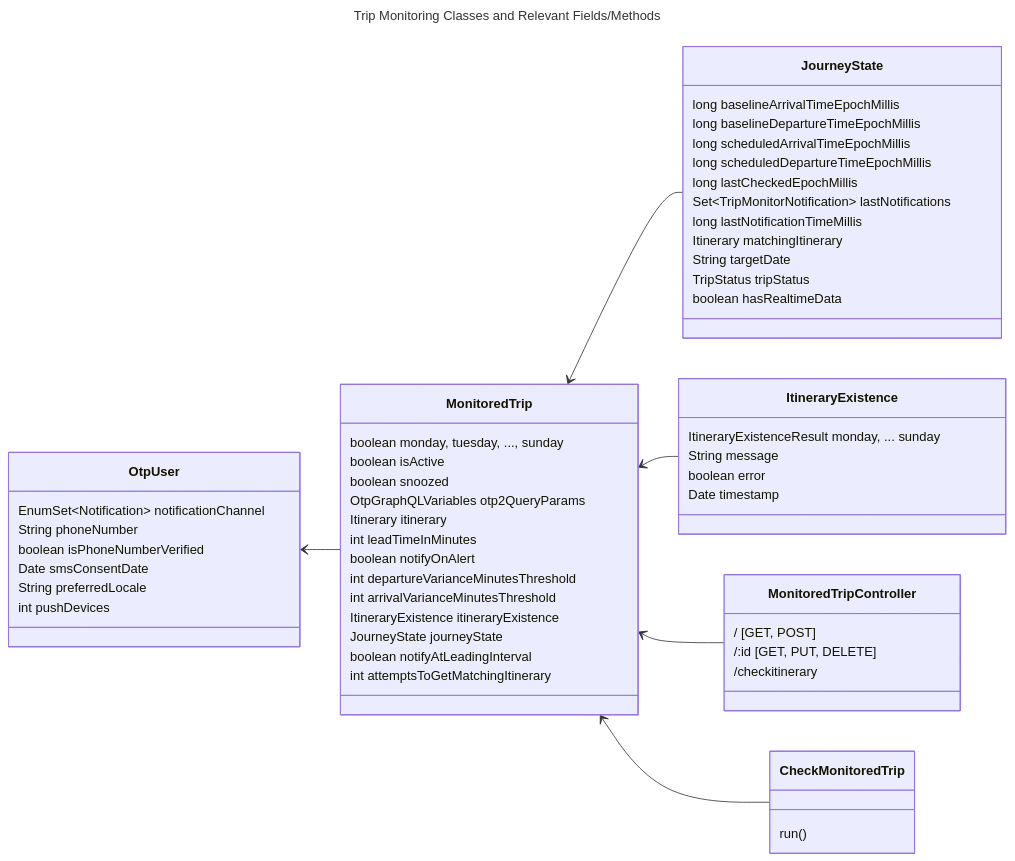
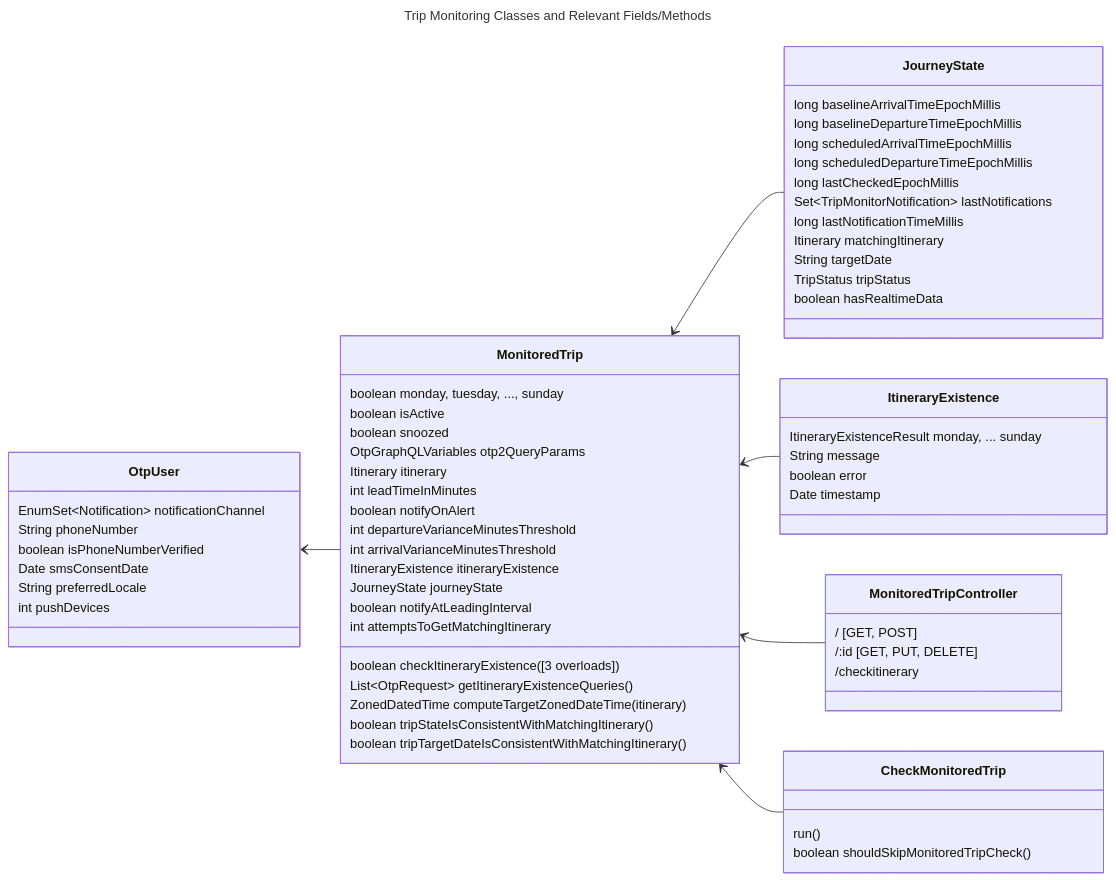
Before and after one commit to ibi-group/otp-middleware: the first of 4 diagrams in docs/trip-monitoring.md, drawn with Mermaid. The commit also changed other lines of this file, not shown here.

Commit message:
docs(trip-monitoring): Add trip mon methods.

````diff
--- a/docs/trip-monitoring.md
+++ b/docs/trip-monitoring.md
@@ -15,63 +15,69 @@
 ```mermaid
 ---
 title: Trip Monitoring Classes and Relevant Fields/Methods
 ---
 classDiagram
     direction RL
     class OtpUser {
         EnumSet~Notification~ notificationChannel
         String phoneNumber
         boolean isPhoneNumberVerified
         Date smsConsentDate
         String preferredLocale
         int pushDevices
     }
     class MonitoredTrip {
         boolean monday, tuesday, ..., sunday
         boolean isActive
         boolean snoozed
         OtpGraphQLVariables otp2QueryParams
         Itinerary itinerary
         int leadTimeInMinutes
         boolean notifyOnAlert
         int departureVarianceMinutesThreshold
         int arrivalVarianceMinutesThreshold
         ItineraryExistence itineraryExistence
         JourneyState journeyState
         boolean notifyAtLeadingInterval
         int attemptsToGetMatchingItinerary
+        boolean checkItineraryExistence([3 overloads])
+        List~OtpRequest~ getItineraryExistenceQueries()
+        ZonedDatedTime computeTargetZonedDateTime(itinerary)
+        boolean tripStateIsConsistentWithMatchingItinerary()
+        boolean tripTargetDateIsConsistentWithMatchingItinerary()
     }
     class JourneyState {
         long baselineArrivalTimeEpochMillis
         long baselineDepartureTimeEpochMillis
         long scheduledArrivalTimeEpochMillis
         long scheduledDepartureTimeEpochMillis
         long lastCheckedEpochMillis
         Set~TripMonitorNotification~ lastNotifications
         long lastNotificationTimeMillis
         Itinerary matchingItinerary
         String targetDate
         TripStatus tripStatus
         boolean hasRealtimeData
     }
     class ItineraryExistence {
         ItineraryExistenceResult monday, ... sunday
         String message
         boolean error
         Date timestamp
     }
     class MonitoredTripController {
         / [GET, POST]
         /:id [GET, PUT, DELETE]
         /checkitinerary
     }
     class CheckMonitoredTrip {
         run()
+        boolean shouldSkipMonitoredTripCheck()
     }
     MonitoredTrip --> OtpUser
     JourneyState --> MonitoredTrip
     ItineraryExistence --> MonitoredTrip
     MonitoredTripController --> MonitoredTrip
     CheckMonitoredTrip --> MonitoredTrip
 
 ```
````
